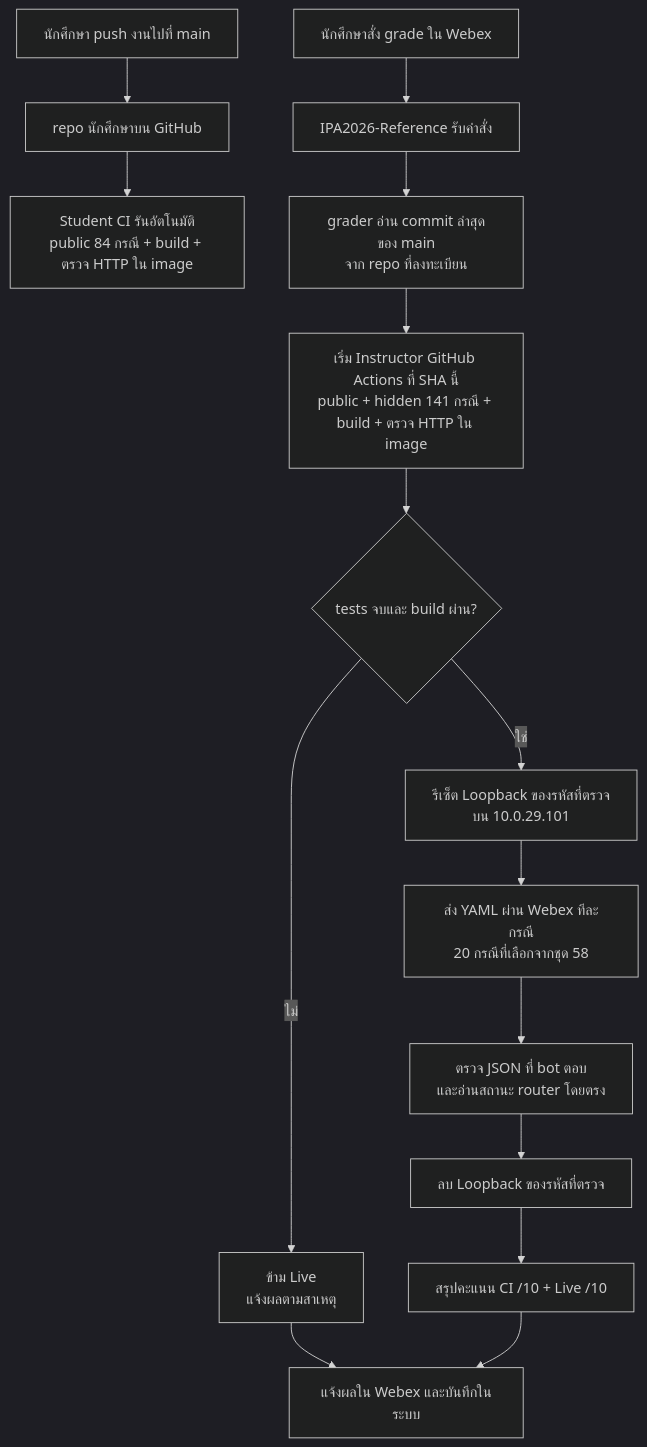
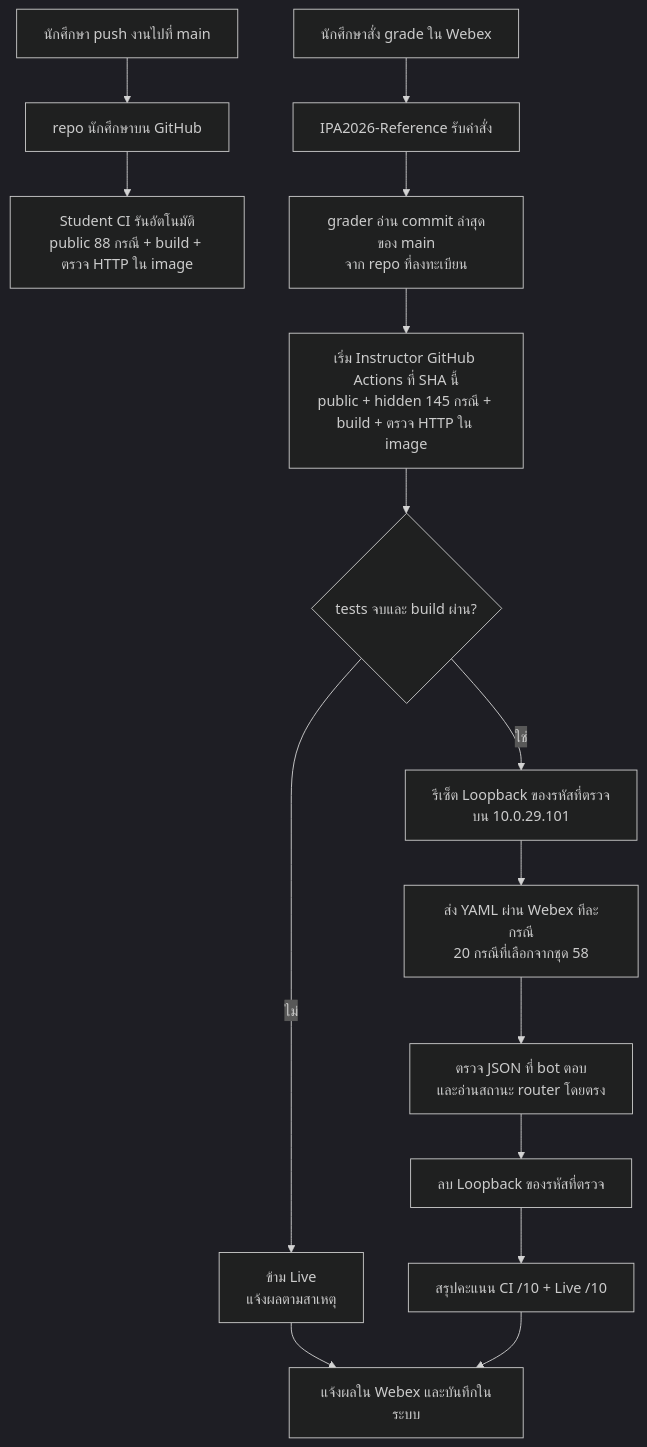
The second of 2 diagrams in README.md (chotipat/IPA2026-student-starter), drawn with Mermaid (dark theme) before and after one commit. The commit also changed other lines of this file and 11 other files, not shown here.

````diff
--- a/README.md
+++ b/README.md
@@ -467,18 +467,18 @@
 ```mermaid
 flowchart TD
     Push["นักศึกษา push งานไปที่ main"] --> Repo["repo นักศึกษาบน GitHub"]
-    Repo --> StudentCI["Student CI รันอัตโนมัติ<br/>public 84 กรณี + build + ตรวจ HTTP ใน image"]
+    Repo --> StudentCI["Student CI รันอัตโนมัติ<br/>public 88 กรณี + build + ตรวจ HTTP ใน image"]
 
     Grade["นักศึกษาสั่ง grade ใน Webex"] --> Reference["IPA2026-Reference รับคำสั่ง"]
     Reference --> SHA["grader อ่าน commit ล่าสุดของ main<br/>จาก repo ที่ลงทะเบียน"]
-    SHA --> OfficialCI["เริ่ม Instructor GitHub Actions ที่ SHA นี้<br/>public + hidden 141 กรณี + build + ตรวจ HTTP ใน image"]
+    SHA --> OfficialCI["เริ่ม Instructor GitHub Actions ที่ SHA นี้<br/>public + hidden 145 กรณี + build + ตรวจ HTTP ใน image"]
     OfficialCI --> Ready{"tests จบและ build ผ่าน?"}
     Ready -- "ไม่" --> NoLive["ข้าม Live<br/>แจ้งผลตามสาเหตุ"]
     Ready -- "ใช่" --> Reset["รีเซ็ต Loopback ของรหัสที่ตรวจ<br/>บน 10.0.29.101"]
     Reset --> Live["ส่ง YAML ผ่าน Webex ทีละกรณี<br/>20 กรณีที่เลือกจากชุด 58"]
     Live --> Check["ตรวจ JSON ที่ bot ตอบ<br/>และอ่านสถานะ router โดยตรง"]
     Check --> Cleanup["ลบ Loopback ของรหัสที่ตรวจ"]
     Cleanup --> Score["สรุปคะแนน CI /10 + Live /10"]
     NoLive --> Result["แจ้งผลใน Webex และบันทึกในระบบ"]
     Score --> Result
 ```
````
